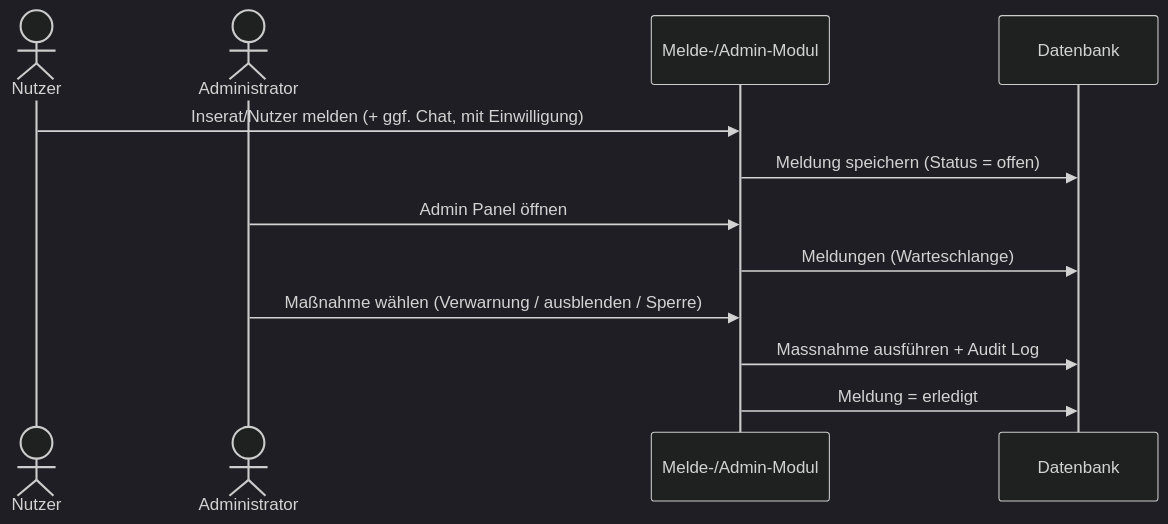
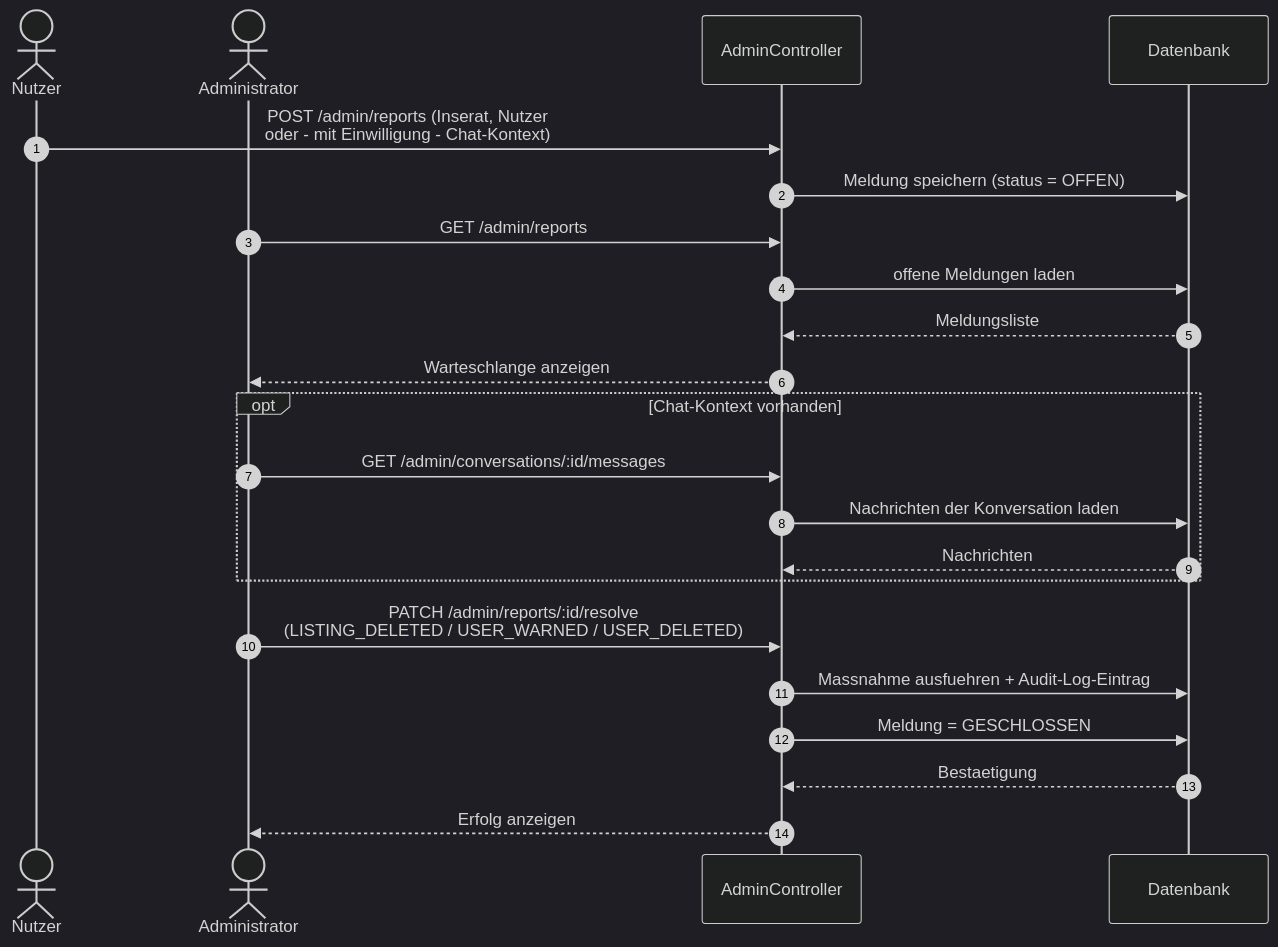
Before and after one commit to PatilYash0110/THMarket: the diagram in docs/arch/diagrams-code/a06-laufzeitdiagramm_Meldung.mmd, drawn with Mermaid (dark theme).

Commit message:
docs(arch): update Laufzeitdiagramm Meldung

```diff
--- a/docs/arch/diagrams-code/a06-laufzeitdiagramm_Meldung.mmd
+++ b/docs/arch/diagrams-code/a06-laufzeitdiagramm_Meldung.mmd
@@ -1,13 +1,26 @@
-%% Abbildung 16: Laufzeitsicht - Meldung
 sequenceDiagram
+    autonumber
     actor U as Nutzer
     actor Adm as Administrator
-    participant R as Melde-/Admin-Modul
+    participant R as AdminController
     participant DB as Datenbank
-    U->>R: Inserat/Nutzer melden (+ ggf. Chat, mit Einwilligung)
-    R->>DB: Meldung speichern (Status = offen)
-    Adm->>R: Admin Panel öffnen
-    R->>DB: Meldungen (Warteschlange)
-    Adm->>R: Maßnahme wählen (Verwarnung / ausblenden / Sperre)
-    R->>DB: Massnahme ausführen + Audit Log
-    R->>DB: Meldung = erledigt
+
+    U->>R: POST /admin/reports (Inserat, Nutzer<br/>oder - mit Einwilligung - Chat-Kontext)
+    R->>DB: Meldung speichern (status = OFFEN)
+
+    Adm->>R: GET /admin/reports
+    R->>DB: offene Meldungen laden
+    DB-->>R: Meldungsliste
+    R-->>Adm: Warteschlange anzeigen
+
+    opt Chat-Kontext vorhanden
+        Adm->>R: GET /admin/conversations/:id/messages
+        R->>DB: Nachrichten der Konversation laden
+        DB-->>R: Nachrichten
+    end
+
+    Adm->>R: PATCH /admin/reports/:id/resolve<br/>(LISTING_DELETED / USER_WARNED / USER_DELETED)
+    R->>DB: Massnahme ausfuehren + Audit-Log-Eintrag
+    R->>DB: Meldung = GESCHLOSSEN
+    DB-->>R: Bestaetigung
+    R-->>Adm: Erfolg anzeigen
```
